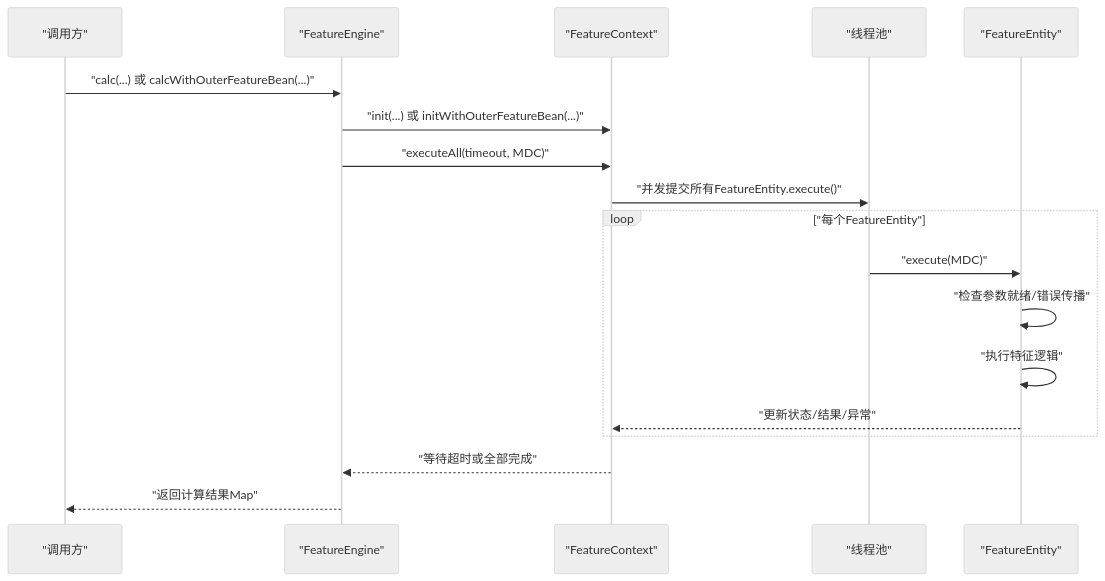
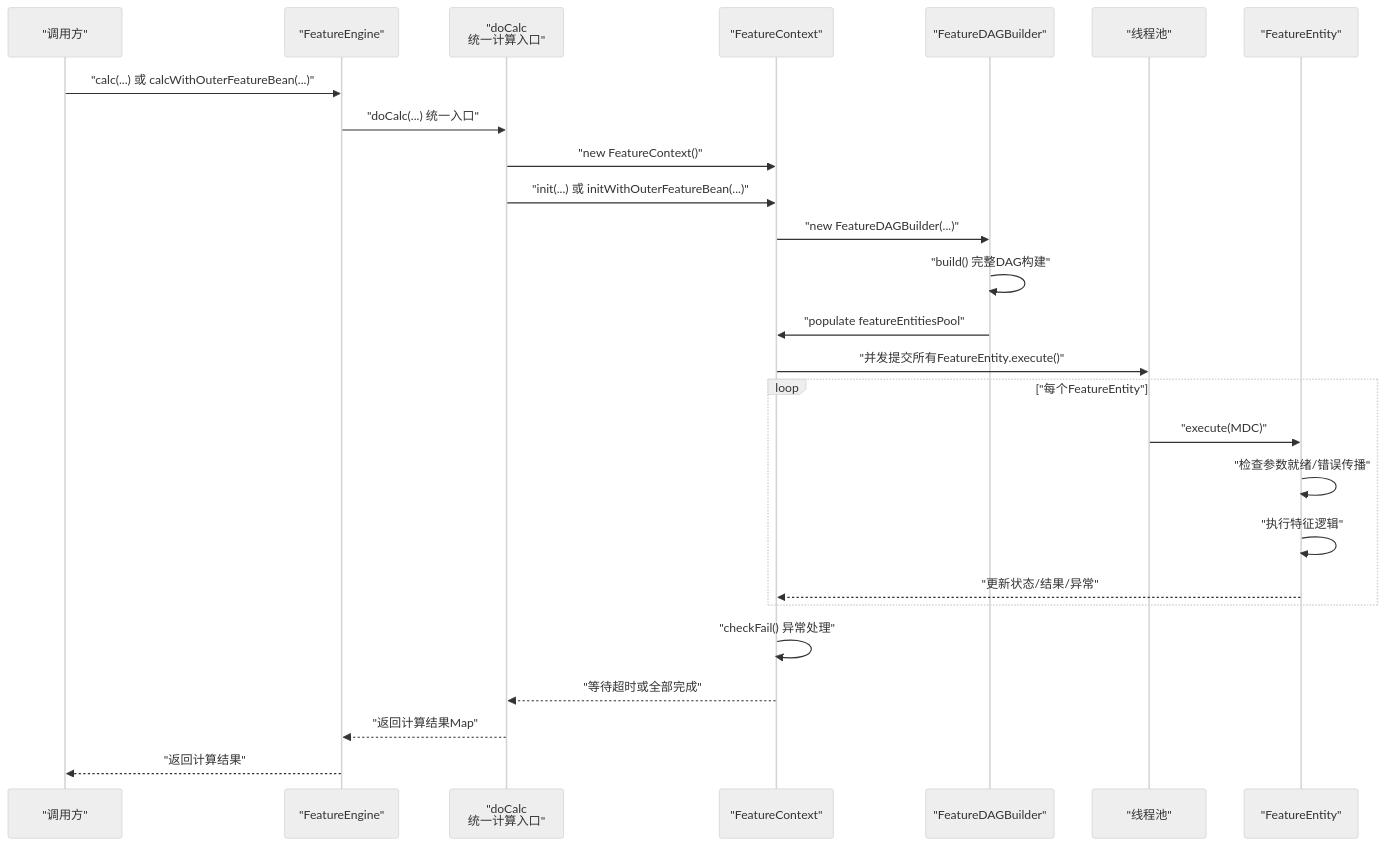
Before and after one commit to txzhanghuan/feature: the second of 3 diagrams in .qoder/repowiki/zh/content/API参考/API参考.md, drawn with Mermaid (neutral theme). The commit also changed other lines of this file and 7 other files, not shown here.

````diff
--- a/.qoder/repowiki/zh/content/API参考/API参考.md
+++ b/.qoder/repowiki/zh/content/API参考/API参考.md
@@ -84,20 +99,28 @@
 ```mermaid
 sequenceDiagram
 participant Caller as "调用方"
 participant Engine as "FeatureEngine"
+participant Calc as "doCalc<br/>统一计算入口"
 participant Ctx as "FeatureContext"
+participant Builder as "FeatureDAGBuilder"
 participant Pool as "线程池"
 participant Ent as "FeatureEntity"
 Caller->>Engine : "calc(...) 或 calcWithOuterFeatureBean(...)"
-Engine->>Ctx : "init(...) 或 initWithOuterFeatureBean(...)"
-Engine->>Ctx : "executeAll(timeout, MDC)"
+Engine->>Calc : "doCalc(...) 统一入口"
+Calc->>Ctx : "new FeatureContext()"
+Calc->>Ctx : "init(...) 或 initWithOuterFeatureBean(...)"
+Ctx->>Builder : "new FeatureDAGBuilder(...)"
+Builder->>Builder : "build() 完整DAG构建"
+Builder->>Ctx : "populate featureEntitiesPool"
 Ctx->>Pool : "并发提交所有FeatureEntity.execute()"
 loop "每个FeatureEntity"
 Pool->>Ent : "execute(MDC)"
 Ent->>Ent : "检查参数就绪/错误传播"
 Ent->>Ent : "执行特征逻辑"
 Ent-->>Ctx : "更新状态/结果/异常"
 end
-Ctx-->>Engine : "等待超时或全部完成"
-Engine-->>Caller : "返回计算结果Map"
+Ctx->>Ctx : "checkFail() 异常处理"
+Ctx-->>Calc : "等待超时或全部完成"
+Calc-->>Engine : "返回计算结果Map"
+Engine-->>Caller : "返回计算结果"
 ```
````
